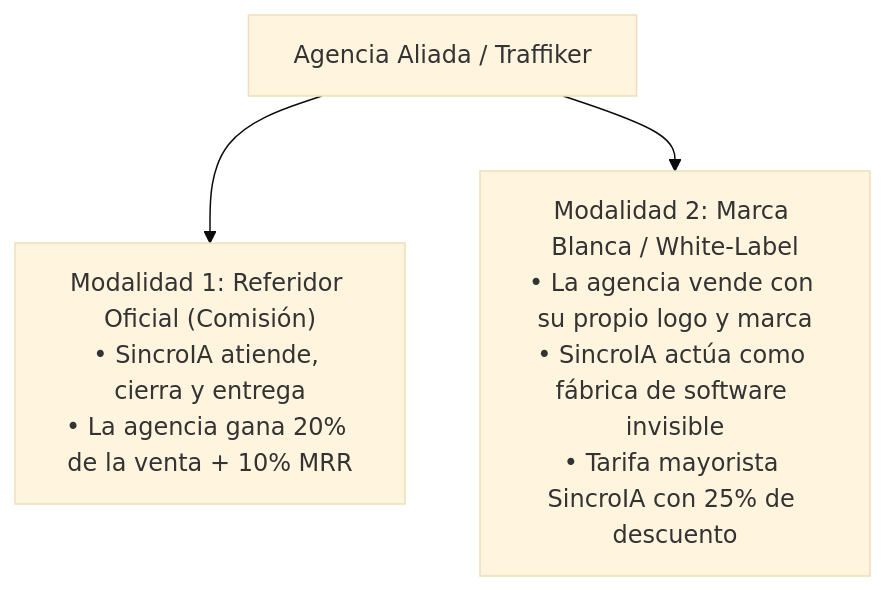
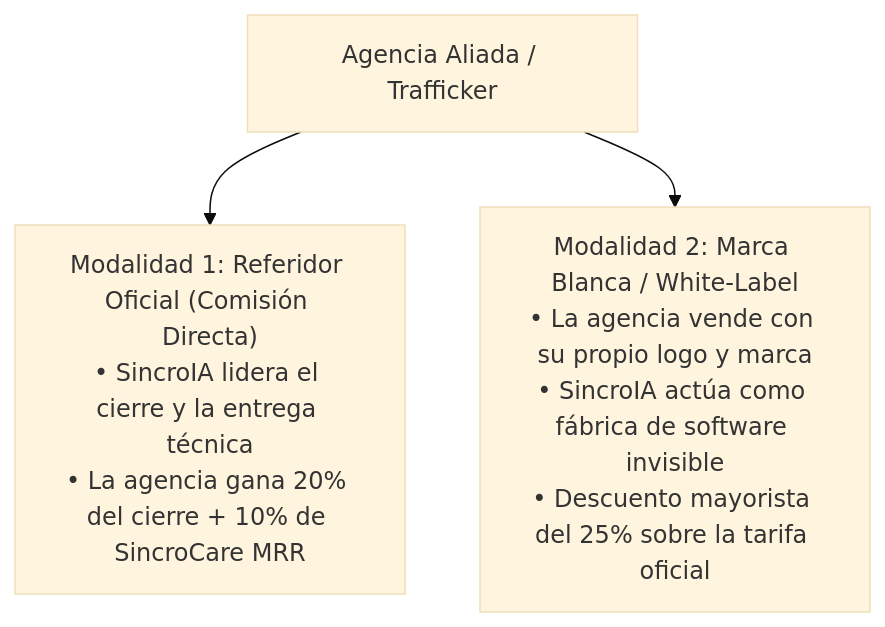
One commit to AlejoLamg/Sincria- changed the ninth of 10 diagrams in docs/PLAN_DE_NEGOCIOS_SINCROIA.md. Above: the diagram before and after it, drawn with Mermaid (base theme). The commit also changed other lines of this file, not shown here.

````diff
--- a/docs/PLAN_DE_NEGOCIOS_SINCROIA.md
+++ b/docs/PLAN_DE_NEGOCIOS_SINCROIA.md
@@ -460,5 +493,5 @@
 ```mermaid
 flowchart TD
-    SP["Agencia Aliada / Traffiker"] --> M1["Modalidad 1: Referidor Oficial (Comisión)<br/>• SincroIA atiende, cierra y entrega<br/>• La agencia gana 20% de la venta + 10% MRR"]
-    SP --> M2["Modalidad 2: Marca Blanca / White-Label<br/>• La agencia vende con su propio logo y marca<br/>• SincroIA actúa como fábrica de software invisible<br/>• Tarifa mayorista SincroIA con 25% de descuento"]
+    Agency["Agencia Aliada / Trafficker"] --> Mod1["Modalidad 1: Referidor Oficial (Comisión Directa)<br/>• SincroIA lidera el cierre y la entrega técnica<br/>• La agencia gana 20% del cierre + 10% de SincroCare MRR"]
+    Agency --> Mod2["Modalidad 2: Marca Blanca / White-Label<br/>• La agencia vende con su propio logo y marca<br/>• SincroIA actúa como fábrica de software invisible<br/>• Descuento mayorista del 25% sobre la tarifa oficial"]
 ```
````
